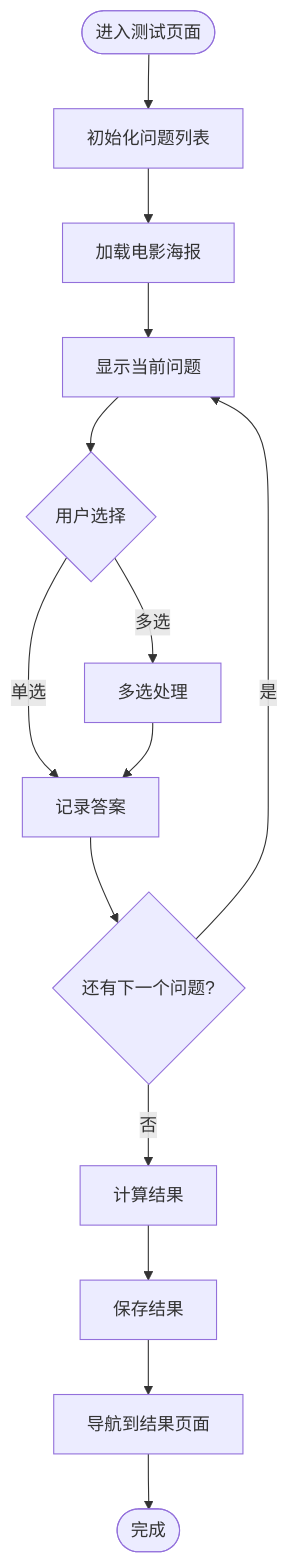
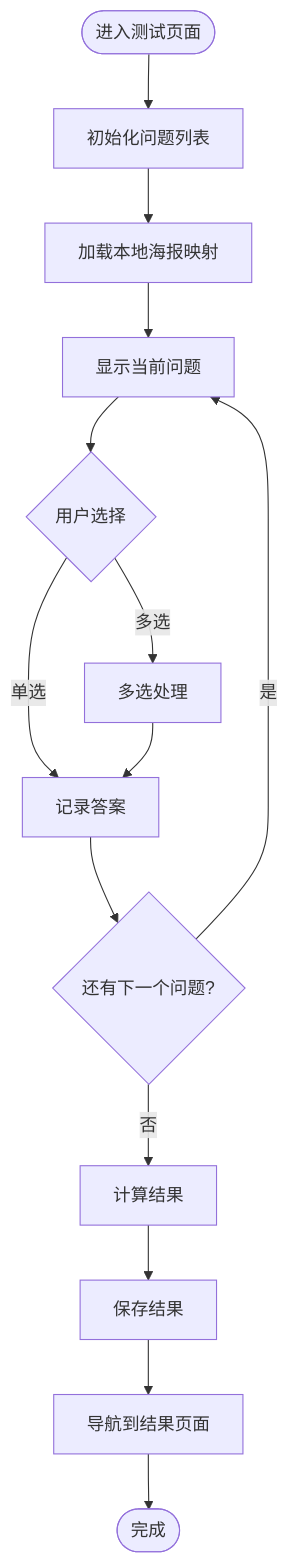
Before and after one commit to Dragon0412/fbti-app: the seventh of 12 diagrams in .qoder/repowiki/zh/content/扩展开发/TMDB电影海报集成系统.md, drawn with Mermaid. The commit also changed other lines of this file and 14 other files, not shown here.

````diff
--- a/.qoder/repowiki/zh/content/扩展开发/TMDB电影海报集成系统.md
+++ b/.qoder/repowiki/zh/content/扩展开发/TMDB电影海报集成系统.md
@@ -226,16 +297,16 @@
 ```mermaid
 flowchart TD
 Start([进入测试页面]) --> Init[初始化问题列表]
-Init --> LoadPosters[加载电影海报]
+Init --> LoadPosters[加载本地海报映射]
 LoadPosters --> ShowQuestion[显示当前问题]
 ShowQuestion --> UserChoice{用户选择}
 UserChoice --> |单选| RecordAnswer[记录答案]
 UserChoice --> |多选| MultiSelect[多选处理]
 RecordAnswer --> NextQuestion{还有下一个问题?}
 MultiSelect --> RecordAnswer
 NextQuestion --> |是| ShowQuestion
 NextQuestion --> |否| CalculateResult[计算结果]
 CalculateResult --> SaveResult[保存结果]
 SaveResult --> NavigateResult[导航到结果页面]
 NavigateResult --> End([完成])
 ```
````
